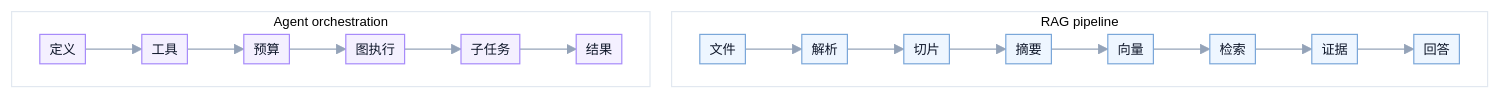
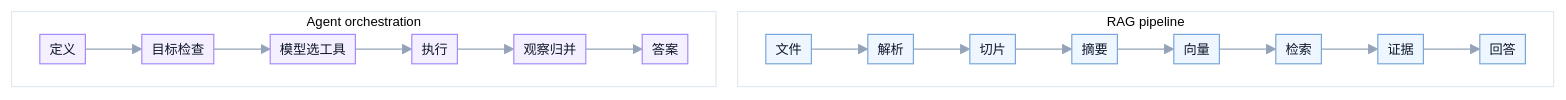
Before and after one commit to xiaoyinglei/Private-RAG-Agent: the diagram in README.md, drawn with Mermaid. The commit also changed other lines of this file and 77 other files, not shown here.

````diff
--- a/README.md
+++ b/README.md
@@ -61,18 +62,18 @@
 ```mermaid
 %%{init: {"theme": "base", "themeVariables": {"fontSize": "11px", "primaryColor": "#f8fafc", "primaryTextColor": "#0f172a", "primaryBorderColor": "#cbd5e1", "lineColor": "#94a3b8", "clusterBkg": "#ffffff", "clusterBorder": "#e2e8f0"}, "flowchart": {"nodeSpacing": 18, "rankSpacing": 22, "curve": "basis", "padding": 4}} }%%
 flowchart TB
     subgraph RAG["RAG pipeline"]
         direction LR
         r1["文件"] --> r2["解析"] --> r3["切片"] --> r4["摘要"] --> r5["向量"] --> r6["检索"] --> r7["证据"] --> r8["回答"]
     end
 
     subgraph AG["Agent orchestration"]
         direction LR
-        a1["定义"] --> a2["工具"] --> a3["预算"] --> a4["图执行"] --> a5["子任务"] --> a6["结果"]
+        a1["定义"] --> a2["目标检查"] --> a3["模型选工具"] --> a4["执行"] --> a5["观察归并"] --> a6["答案"]
     end
 
     classDef rag fill:#eef6ff,stroke:#7aa7d9,color:#0f172a;
     classDef agent fill:#f4f0ff,stroke:#a78bfa,color:#0f172a;
     class r1,r2,r3,r4,r5,r6,r7,r8 rag;
     class a1,a2,a3,a4,a5,a6 agent;
 ```
````
